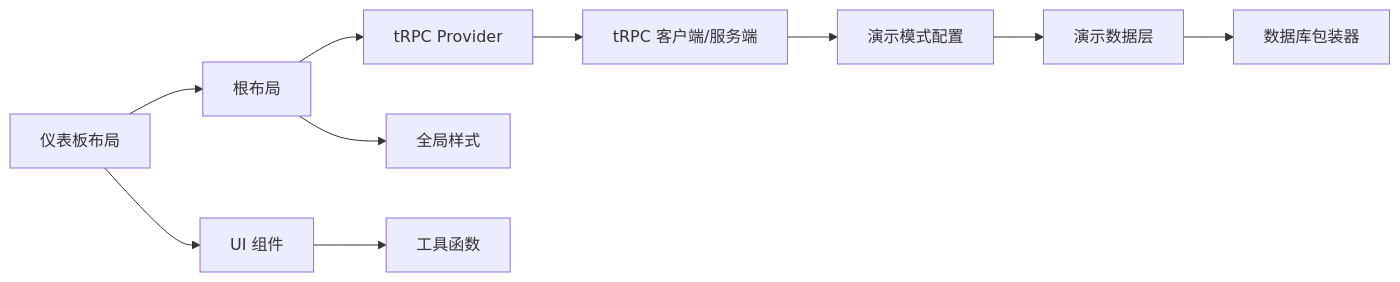
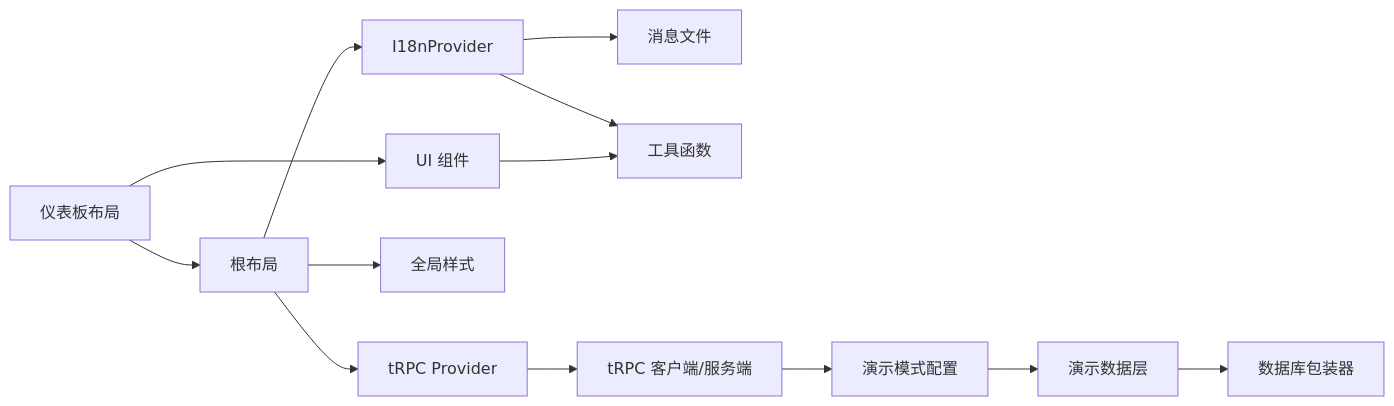
One commit to RadiumAg/AIGate changed diagram 12 of 12 in .qoder/repowiki/zh/content/架构设计/前端架构.md. Above: the diagram before and after it, drawn with Mermaid. The commit also changed other lines of this file and 10 other files, not shown here.

````diff
--- a/.qoder/repowiki/zh/content/架构设计/前端架构.md
+++ b/.qoder/repowiki/zh/content/架构设计/前端架构.md
@@ -437,12 +618,15 @@
 ```mermaid
 graph LR
-Root["根布局"] --> Provider["tRPC Provider"]
+Root["根布局"] --> I18n["I18nProvider"]
+Root --> Provider["tRPC Provider"]
 Root --> Styles["全局样式"]
 Dash["仪表板布局"] --> Root
 Dash --> UI["UI 组件"]
+I18n --> Messages["消息文件"]
+I18n --> Utils["工具函数"]
+UI --> Utils
 Provider --> TRPC["tRPC 客户端/服务端"]
-UI --> Utils["工具函数"]
 TRPC --> DemoConfig["演示模式配置"]
 DemoConfig --> DemoData["演示数据层"]
 DemoData --> Database["数据库包装器"]
 ```
````
